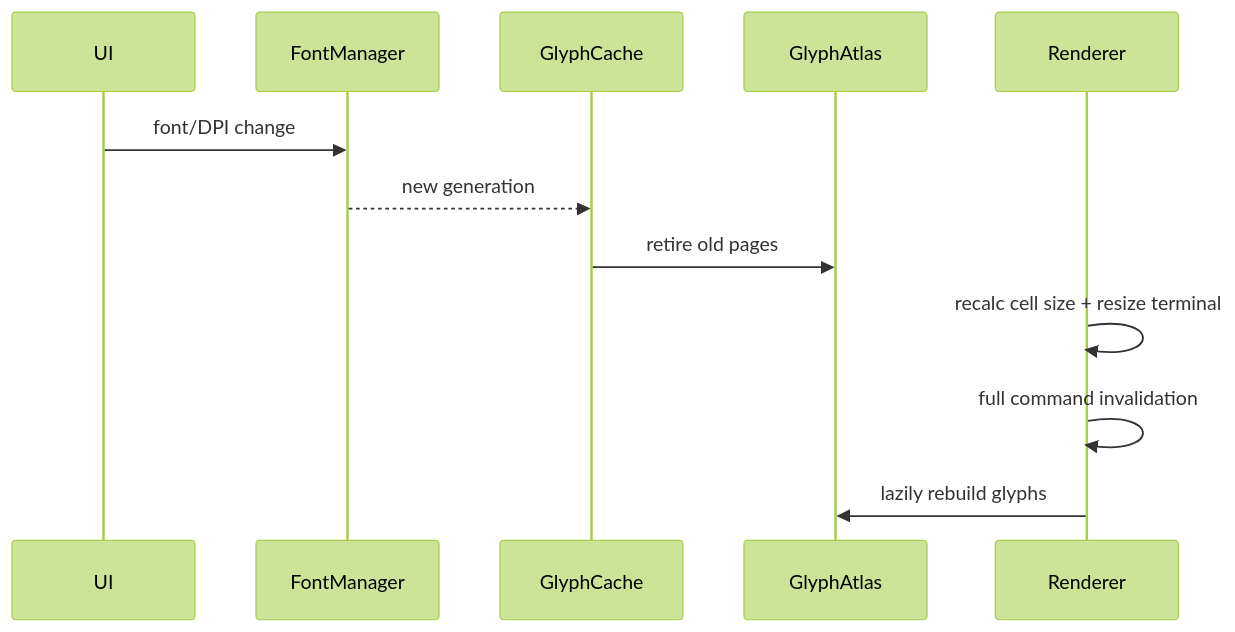
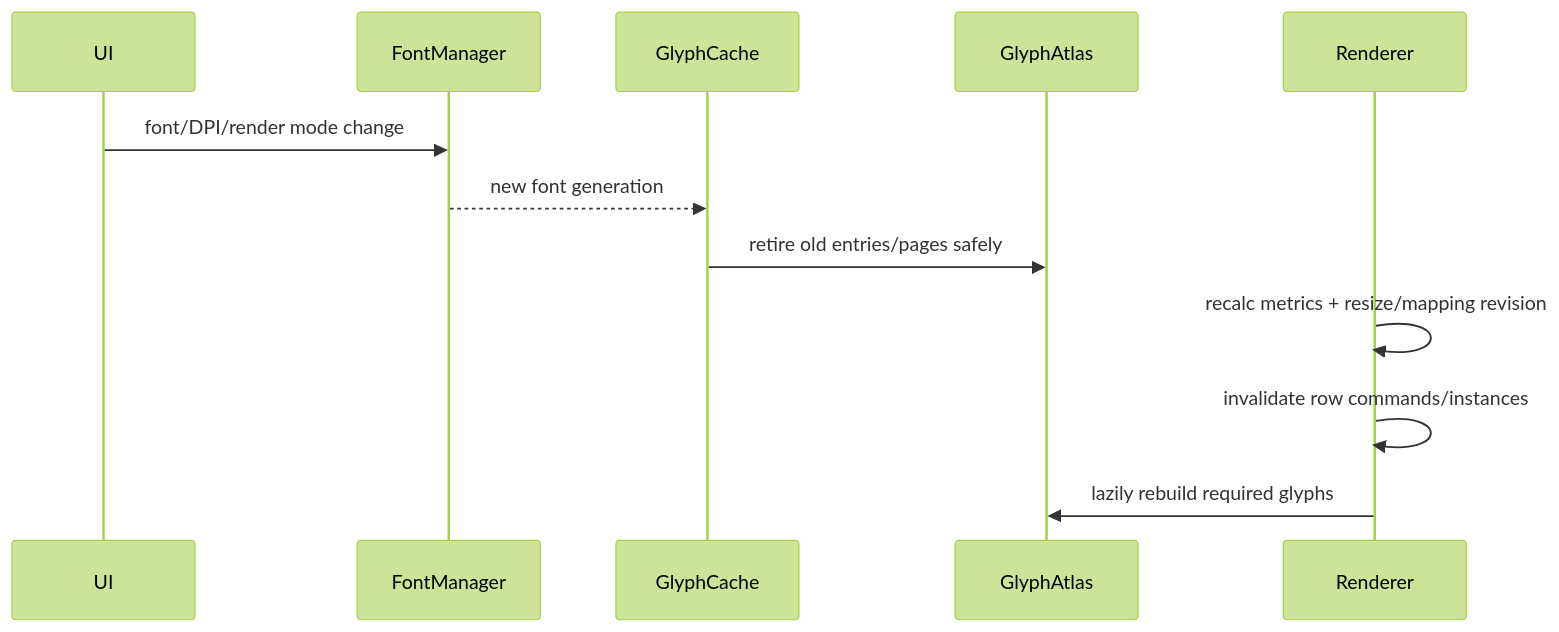
The fifth of 5 diagrams in docs/architecture/stages/P5_Glyph_and_GPU_Pipeline.md (han-shao-jun/NovaTerm), drawn with Mermaid (forest theme) before and after one commit. The commit also changed other lines of this file and 24 other files, not shown here.

````diff
--- a/docs/architecture/stages/P5_Glyph_and_GPU_Pipeline.md
+++ b/docs/architecture/stages/P5_Glyph_and_GPU_Pipeline.md
@@ -105,14 +378,14 @@
 ```mermaid
 sequenceDiagram
     participant UI
     participant FM as FontManager
     participant GC as GlyphCache
     participant GA as GlyphAtlas
     participant R as Renderer
-    UI->>FM: font/DPI change
-    FM-->>GC: new generation
-    GC->>GA: retire old pages
-    R->>R: recalc cell size + resize terminal
-    R->>R: full command invalidation
-    R->>GA: lazily rebuild glyphs
+    UI->>FM: font/DPI/render mode change
+    FM-->>GC: new font generation
+    GC->>GA: retire old entries/pages safely
+    R->>R: recalc metrics + resize/mapping revision
+    R->>R: invalidate row commands/instances
+    R->>GA: lazily rebuild required glyphs
 ```
````
